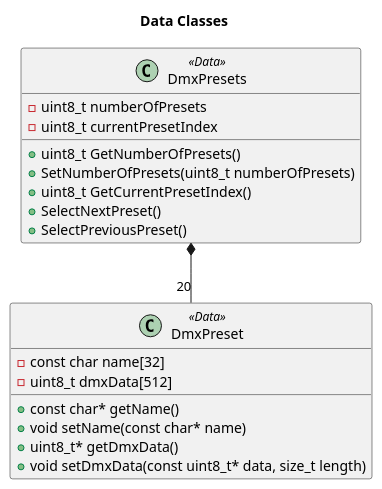
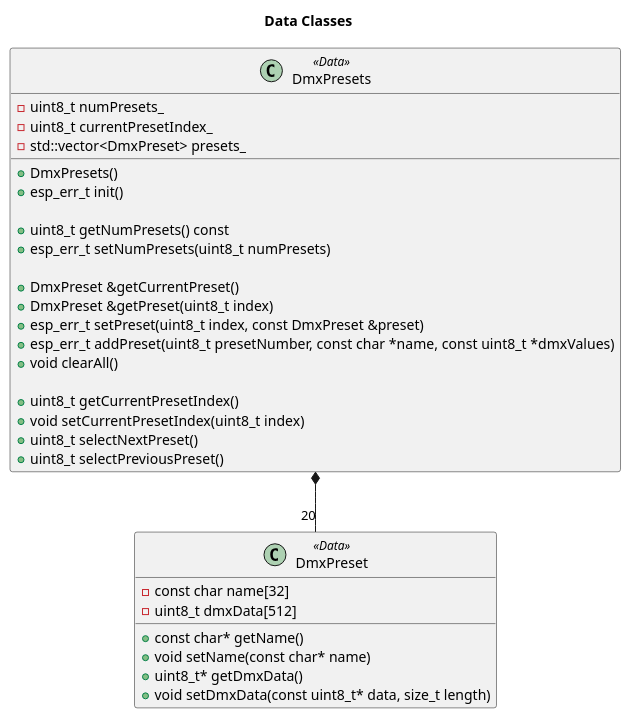
Before and after one commit to michelkeijzers/Esp32DmxController: the second of 8 diagrams in Documentation/software_design.puml, drawn with PlantUML. The commit also changed other lines of this file and 51 other files, not shown here.

```diff
--- a/Documentation/software_design.puml
+++ b/Documentation/software_design.puml
@@ -82,25 +94,40 @@
 @startuml 
 title Data Classes
 
-class DmxPresets <<Data>> 
+class DmxPresets <<Data>>
 { 
-    +uint8_t GetNumberOfPresets()
-    +SetNumberOfPresets(uint8_t numberOfPresets)
-    +uint8_t GetCurrentPresetIndex()
-    +SelectNextPreset()
-    +SelectPreviousPreset()
-    -uint8_t numberOfPresets
-    -uint8_t currentPresetIndex
+    +DmxPresets()
+    +esp_err_t init()
+
+    +uint8_t getNumPresets() const
+    +esp_err_t setNumPresets(uint8_t numPresets)
+
+    +DmxPreset &getCurrentPreset()
+    +DmxPreset &getPreset(uint8_t index)
+    +esp_err_t setPreset(uint8_t index, const DmxPreset &preset)
+    +esp_err_t addPreset(uint8_t presetNumber, const char *name, const uint8_t *dmxValues)
+    +void clearAll()
+
+    +uint8_t getCurrentPresetIndex()
+    +void setCurrentPresetIndex(uint8_t index)
+    +uint8_t selectNextPreset()
+    +uint8_t selectPreviousPreset()
+
+    -uint8_t numPresets_
+    -uint8_t currentPresetIndex_
+    -std::vector<DmxPreset> presets_
 }
+
 
 class DmxPreset <<Data>> 
 {
     +const char* getName()
     +void setName(const char* name)
     +uint8_t* getDmxData()
     +void setDmxData(const uint8_t* data, size_t length)
     -const char name[32]
     -uint8_t dmxData[512]
 }
-DmxPresets *--"20" DmxPreset
+DmxPresets *-- "20" DmxPreset
+
 @enduml 
```
